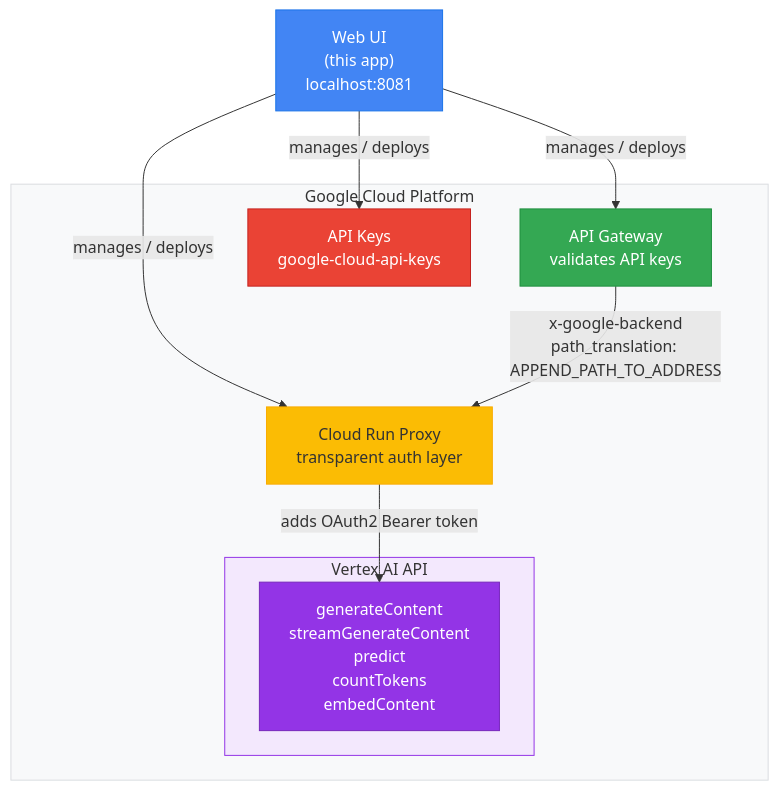
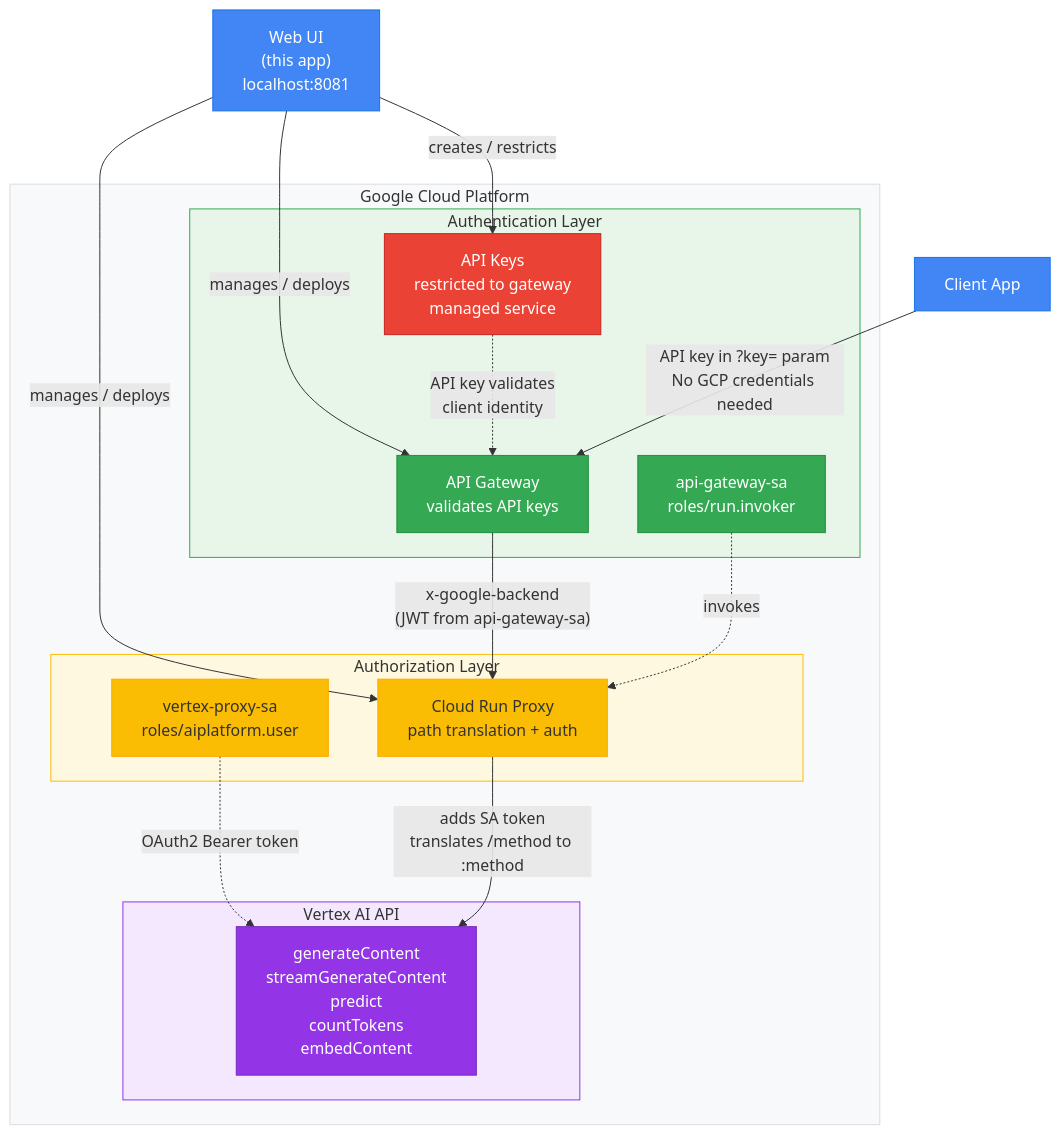
One commit to duboc/api-management-service changed the first of 2 diagrams in README.md. Above: the diagram before and after it, drawn with Mermaid. The commit also changed other lines of this file, not shown here.

First line of the commit message:
Update README diagrams to show full auth/authz flow

````diff
--- a/README.md
+++ b/README.md
@@ -8,29 +8,46 @@
 ```mermaid
 graph TB
     UI["Web UI<br/>(this app)<br/>localhost:8081"]
 
     UI -->|manages / deploys| GW
     UI -->|manages / deploys| PROXY
-    UI -->|manages / deploys| KEYS
+    UI -->|creates / restricts| KEYS
 
     subgraph GCP ["Google Cloud Platform"]
-        GW["API Gateway<br/>validates API keys"]
-        PROXY["Cloud Run Proxy<br/>transparent auth layer"]
-        KEYS["API Keys<br/>google-cloud-api-keys"]
+        subgraph AUTH_LAYER ["Authentication Layer"]
+            KEYS["API Keys<br/>restricted to gateway<br/>managed service"]
+            GW["API Gateway<br/>validates API keys"]
+            GW_SA["api-gateway-sa<br/>roles/run.invoker"]
+        end
 
-        GW -->|"x-google-backend<br/>path_translation: APPEND_PATH_TO_ADDRESS"| PROXY
-        PROXY -->|"adds OAuth2 Bearer token"| VERTEX
+        subgraph PROXY_LAYER ["Authorization Layer"]
+            PROXY["Cloud Run Proxy<br/>path translation + auth"]
+            PROXY_SA["vertex-proxy-sa<br/>roles/aiplatform.user"]
+        end
 
         subgraph VERTEX_BOX ["Vertex AI API"]
             VERTEX["generateContent<br/>streamGenerateContent<br/>predict<br/>countTokens<br/>embedContent"]
         end
+
+        KEYS -.->|"API key validates<br/>client identity"| GW
+        GW -->|"x-google-backend<br/>(JWT from api-gateway-sa)"| PROXY
+        GW_SA -.->|"invokes"| PROXY
+        PROXY_SA -.->|"OAuth2 Bearer token"| VERTEX
+        PROXY -->|"adds SA token<br/>translates /method to :method"| VERTEX
     end
 
+    CLIENT["Client App"] -->|"API key in ?key= param<br/>No GCP credentials needed"| GW
+
     style UI fill:#4285F4,stroke:#1a73e8,color:#fff
+    style CLIENT fill:#4285F4,stroke:#1a73e8,color:#fff
     style GW fill:#34A853,stroke:#1e8e3e,color:#fff
+    style GW_SA fill:#34A853,stroke:#1e8e3e,color:#fff
     style PROXY fill:#FBBC04,stroke:#f9ab00,color:#333
+    style PROXY_SA fill:#FBBC04,stroke:#f9ab00,color:#333
     style KEYS fill:#EA4335,stroke:#c5221f,color:#fff
     style VERTEX fill:#9334E6,stroke:#7627bb,color:#fff
     style GCP fill:#f8f9fa,stroke:#dadce0
+    style AUTH_LAYER fill:#e8f5e9,stroke:#34A853
+    style PROXY_LAYER fill:#fff8e1,stroke:#FBBC04
     style VERTEX_BOX fill:#f3e8fd,stroke:#9334E6
 ```
````
